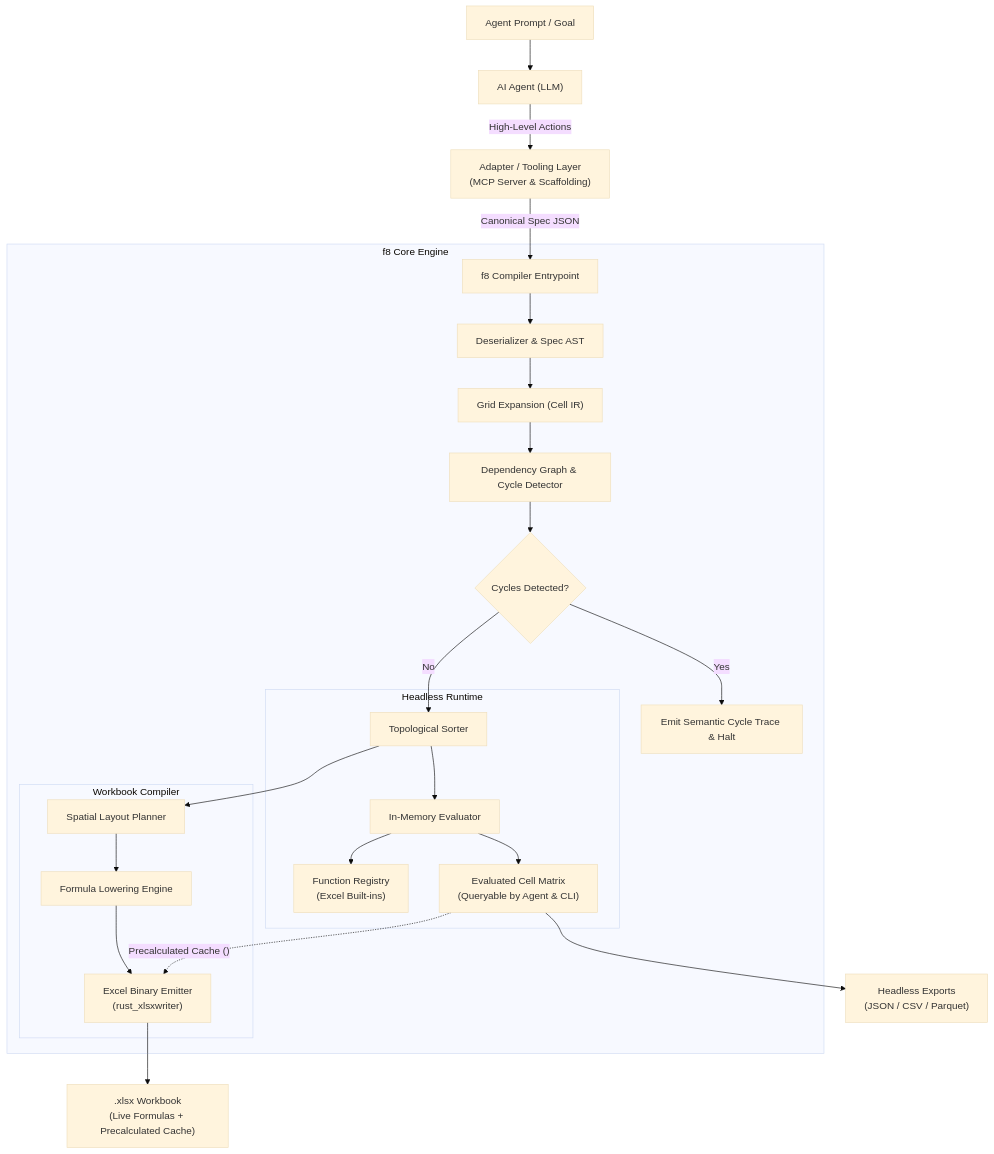
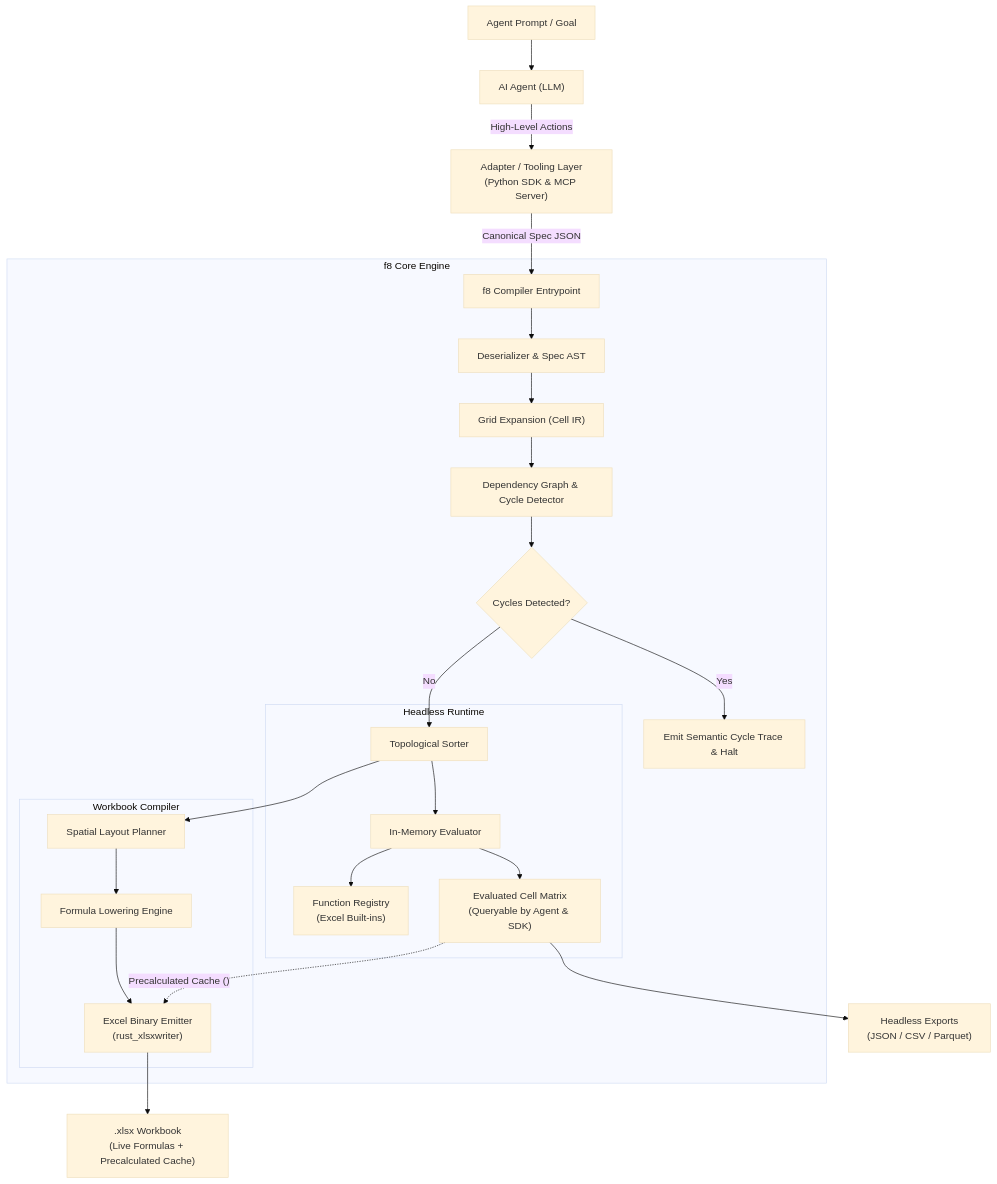
Before and after one commit to mhcfa/f8: the first of 3 diagrams in docs/architecture.md, drawn with Mermaid (base theme). The commit also changed other lines of this file and 52 other files, not shown here.

````diff
--- a/docs/architecture.md
+++ b/docs/architecture.md
@@ -21,32 +21,32 @@
 ```mermaid
 flowchart TD
     A["Agent Prompt / Goal"] --> B["AI Agent (LLM)"]
-    B -->|"High-Level Actions"| T["Adapter / Tooling Layer\n(MCP Server & Scaffolding)"]
+    B -->|"High-Level Actions"| T["Adapter / Tooling Layer\n(Python SDK & MCP Server)"]
     T -->|"Canonical Spec JSON"| C["f8 Compiler Entrypoint"]
 
     subgraph Compiler ["f8 Core Engine"]
         C --> D["Deserializer & Spec AST"]
         D --> E["Grid Expansion (Cell IR)"]
         E --> F["Dependency Graph & Cycle Detector"]
         F --> G{"Cycles Detected?"}
         G -->|"Yes"| H["Emit Semantic Cycle Trace & Halt"]
         G -->|"No"| I["Topological Sorter"]
 
         subgraph In-Memory Evaluation ["Headless Runtime"]
             I --> J1["In-Memory Evaluator"]
             J1 --> K1["Function Registry\n(Excel Built-ins)"]
-            J1 --> L1["Evaluated Cell Matrix\n(Queryable by Agent & CLI)"]
+            J1 --> L1["Evaluated Cell Matrix\n(Queryable by Agent & SDK)"]
         end
 
         subgraph Excel Emission ["Workbook Compiler"]
             I --> J2["Spatial Layout Planner"]
             J2 --> K2["Formula Lowering Engine"]
             K2 --> L2["Excel Binary Emitter\n(rust_xlsxwriter)"]
         end
 
         L1 -.->|"Precalculated Cache (<v>)"| L2
     end
 
     L1 --> N["Headless Exports\n(JSON / CSV / Parquet)"]
     L2 --> M[".xlsx Workbook\n(Live Formulas + Precalculated Cache)"]
 ```
````
